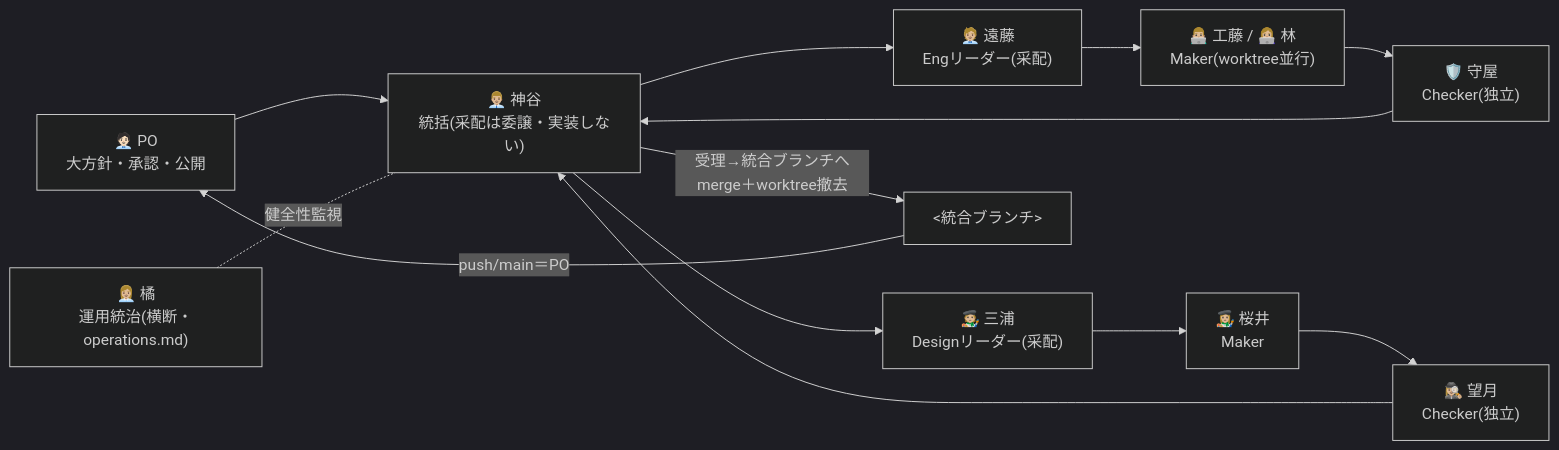
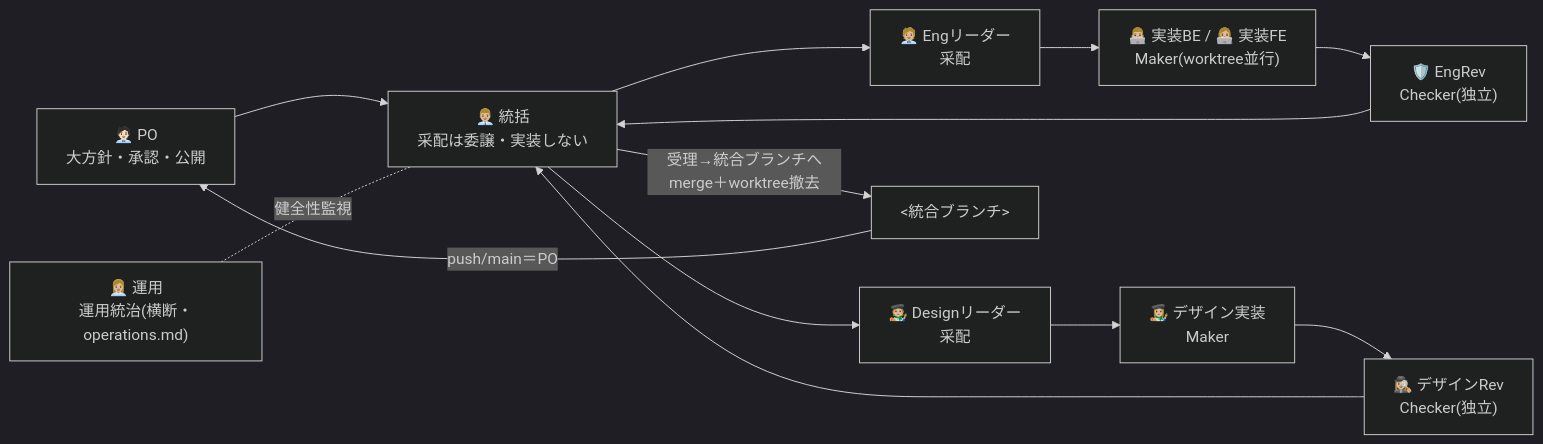
Before and after one commit to kumamoto-kouki/conductor-sdlc-template: the diagram in .kiro/steering/orchestration.md, drawn with Mermaid (dark theme). The commit also changed other lines of this file and 41 other files, not shown here.

````diff
--- a/.kiro/steering/orchestration.md
+++ b/.kiro/steering/orchestration.md
@@ -22,15 +22,15 @@
 ```mermaid
 flowchart LR
-  PO["🧑🏻‍💼 PO<br/>大方針・承認・公開"] --> K["👨🏼‍💼 神谷<br/>統括(采配は委譲・実装しない)"]
-  K --> L1["🧑🏼‍💼 遠藤<br/>Engリーダー(采配)"]
-  K --> L2["🧑🏼‍🎨 三浦<br/>Designリーダー(采配)"]
-  L1 --> M1["👨🏼‍💻 工藤 / 👩🏼‍💻 林<br/>Maker(worktree並行)"]
-  L2 --> M2["👩🏼‍🎨 桜井<br/>Maker"]
-  M1 --> R1["🛡️ 守屋<br/>Checker(独立)"]
-  M2 --> R2["🕵🏼‍♀️ 望月<br/>Checker(独立)"]
+  PO["🧑🏻‍💼 PO<br/>大方針・承認・公開"] --> K["👨🏼‍💼 統括<br/>采配は委譲・実装しない"]
+  K --> L1["🧑🏼‍💼 Engリーダー<br/>采配"]
+  K --> L2["🧑🏼‍🎨 Designリーダー<br/>采配"]
+  L1 --> M1["👨🏼‍💻 実装BE / 👩🏼‍💻 実装FE<br/>Maker(worktree並行)"]
+  L2 --> M2["👩🏼‍🎨 デザイン実装<br/>Maker"]
+  M1 --> R1["🛡️ EngRev<br/>Checker(独立)"]
+  M2 --> R2["🕵🏼‍♀️ デザインRev<br/>Checker(独立)"]
   R1 --> K
   R2 --> K
   K -->|受理→統合ブランチへmerge＋worktree撤去| REL["<統合ブランチ>"]
   REL -->|push/main＝PO| PO
-  B["👩🏼‍💼 橘<br/>運用統治(横断・operations.md)"] -. 健全性監視 .- K
+  B["👩🏼‍💼 運用<br/>運用統治(横断・operations.md)"] -. 健全性監視 .- K
 ```
````
